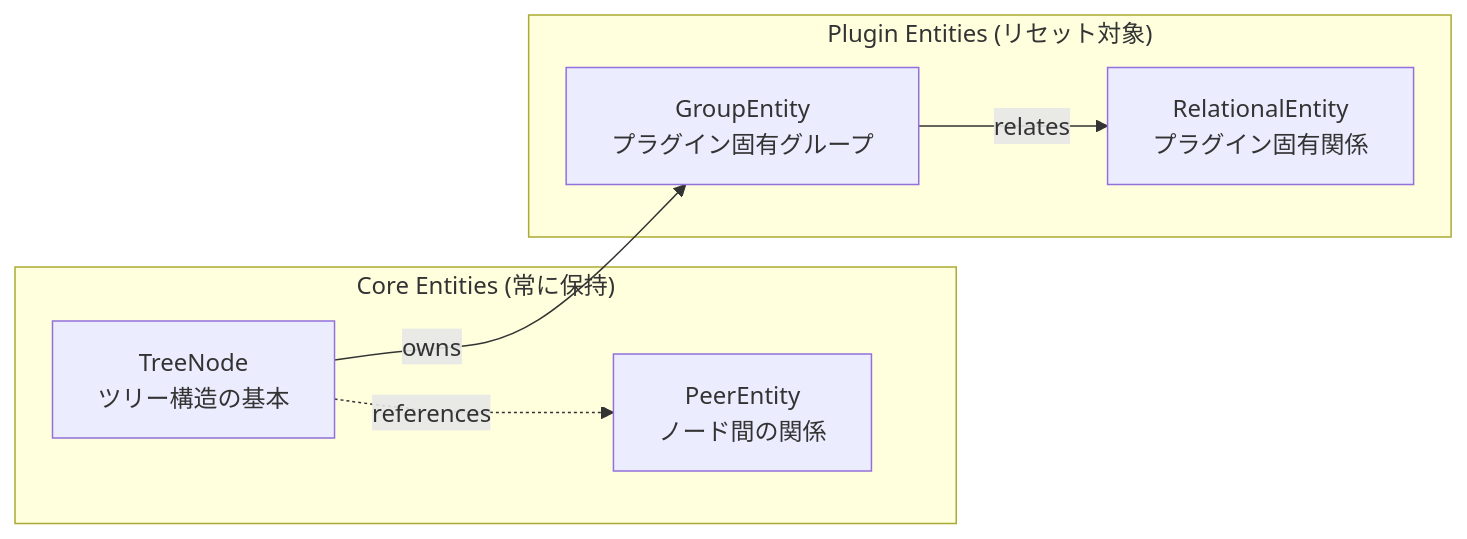
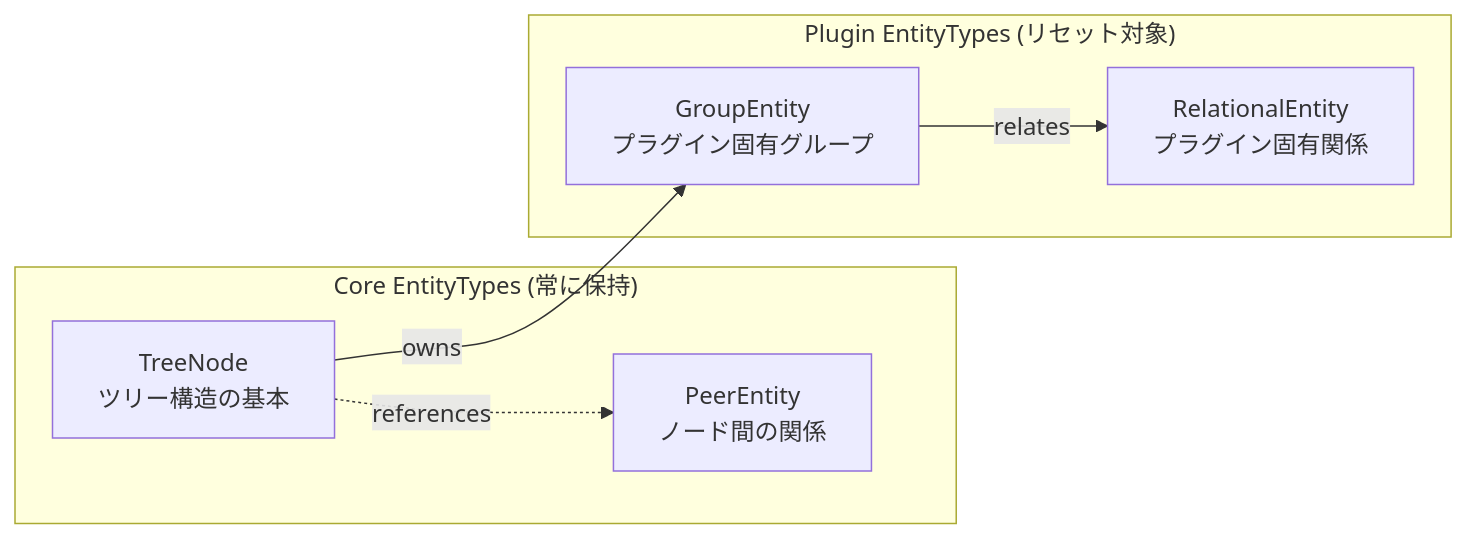
The second of 2 diagrams in docs/DEVELOPER_REPORT_COMPREHENSIVE/11_PLUGIN_MANAGEMENT.md (kubohiroya/hierarchidb), drawn with Mermaid before and after one commit. The commit also changed 452 other files, not shown here.

````diff
--- a/docs/DEVELOPER_REPORT_COMPREHENSIVE/11_PLUGIN_MANAGEMENT.md
+++ b/docs/DEVELOPER_REPORT_COMPREHENSIVE/11_PLUGIN_MANAGEMENT.md
@@ -201,16 +201,16 @@
 ```mermaid
 graph LR
-    subgraph "Core Entities (常に保持)"
+    subgraph "Core EntityTypes (常に保持)"
         TreeNode["TreeNode<br/>ツリー構造の基本"]
         PeerEntity["PeerEntity<br/>ノード間の関係"]
     end
     
-    subgraph "Plugin Entities (リセット対象)"
+    subgraph "Plugin EntityTypes (リセット対象)"
         GroupEntity["GroupEntity<br/>プラグイン固有グループ"]
         RelationalEntity["RelationalEntity<br/>プラグイン固有関係"]
     end
     
     TreeNode -.->|references| PeerEntity
     TreeNode -->|owns| GroupEntity
     GroupEntity -->|relates| RelationalEntity
 ```
````
